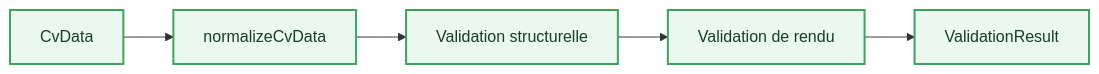
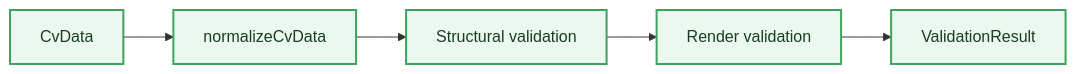
The fourth of 8 diagrams in APPLICATION_ARCHITECTURE_CV_GENERATOR.md (ClementV78/cv-generator-mcp), drawn with Mermaid before and after one commit. The commit also changed other lines of this file and 13 other files, not shown here.

````diff
--- a/APPLICATION_ARCHITECTURE_CV_GENERATOR.md
+++ b/APPLICATION_ARCHITECTURE_CV_GENERATOR.md
@@ -303,10 +337,10 @@
 ```mermaid
 flowchart LR
     INPUT[CvData] --> NORM[normalizeCvData]
-    NORM --> STRUCT[Validation structurelle]
-    STRUCT --> RENDER[Validation de rendu]
+    NORM --> STRUCT[Structural validation]
+    STRUCT --> RENDER[Render validation]
     RENDER --> RESULT[ValidationResult]
 
     classDef block fill:#EBF8EF,stroke:#3DA35D,color:#183D22,stroke-width:2px;
     class INPUT,NORM,STRUCT,RENDER,RESULT block;
 ```
````
